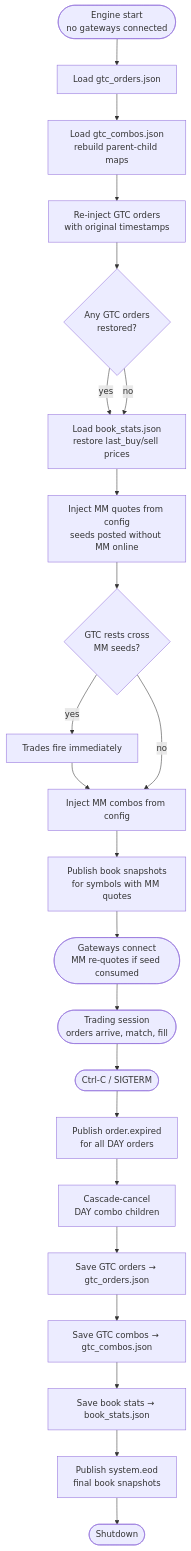
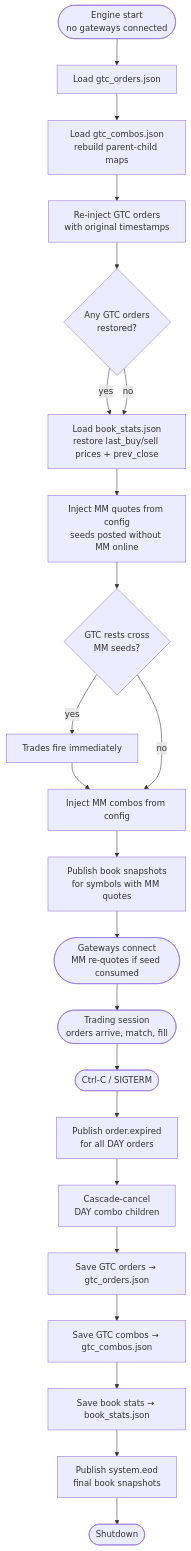
One commit to johan162/EduMatcher changed the diagram in docs/user-guide/180-persistence.md. Above: the diagram before and after it, drawn with Mermaid. The commit also changed other lines of this file and 2 other files, not shown here.

````diff
--- a/docs/user-guide/180-persistence.md
+++ b/docs/user-guide/180-persistence.md
@@ -170,33 +170,33 @@
 ```mermaid
 flowchart TD
     START([Engine start\nno gateways connected])
     GTC1[Load gtc_orders.json]
     GTC2[Load gtc_combos.json\nrebuild parent-child maps]
     REINJ[Re-inject GTC orders\nwith original timestamps]
     SNAP1{Any GTC orders\nrestored?}
-    BSTAT[Load book_stats.json\nrestore last_buy/sell prices]
+    BSTAT[Load book_stats.json\nrestore last_buy/sell prices + prev_close]
     MMQ[Inject MM quotes from config\nseeds posted without MM online]
     CROSS{GTC rests cross\nMM seeds?}
     TRADE1[Trades fire immediately]
     MMC[Inject MM combos from config]
     SNAP2[Publish book snapshots\nfor symbols with MM quotes]
     GW([Gateways connect\nMM re-quotes if seed consumed])
     SESSION([Trading session\norders arrive, match, fill])
     SIGTERM([Ctrl-C / SIGTERM])
     EXP[Publish order.expired\nfor all DAY orders]
     CASC[Cascade-cancel\nDAY combo children]
     SAVEGTC[Save GTC orders → gtc_orders.json]
     SAVECMB[Save GTC combos → gtc_combos.json]
     SAVEBST[Save book stats → book_stats.json]
     EOD[Publish system.eod\nfinal book snapshots]
     DONE([Shutdown])
 
     START --> GTC1 --> GTC2 --> REINJ --> SNAP1
     SNAP1 -->|yes| BSTAT
     SNAP1 -->|no| BSTAT
     BSTAT --> MMQ --> CROSS
     CROSS -->|yes| TRADE1 --> MMC
     CROSS -->|no| MMC
     MMC --> SNAP2 --> GW --> SESSION --> SIGTERM
     SIGTERM --> EXP --> CASC --> SAVEGTC --> SAVECMB --> SAVEBST --> EOD --> DONE
 ```
````
